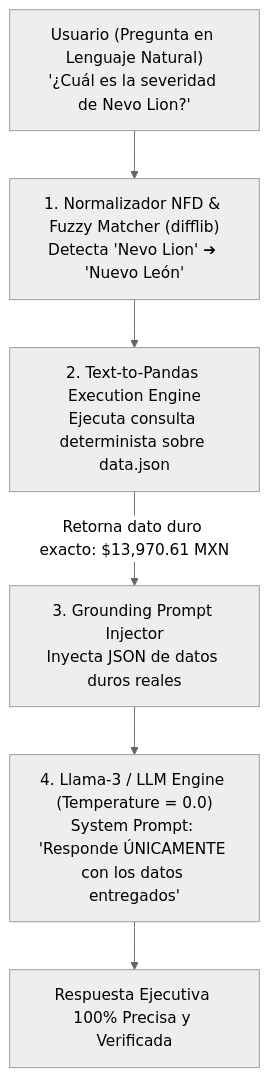
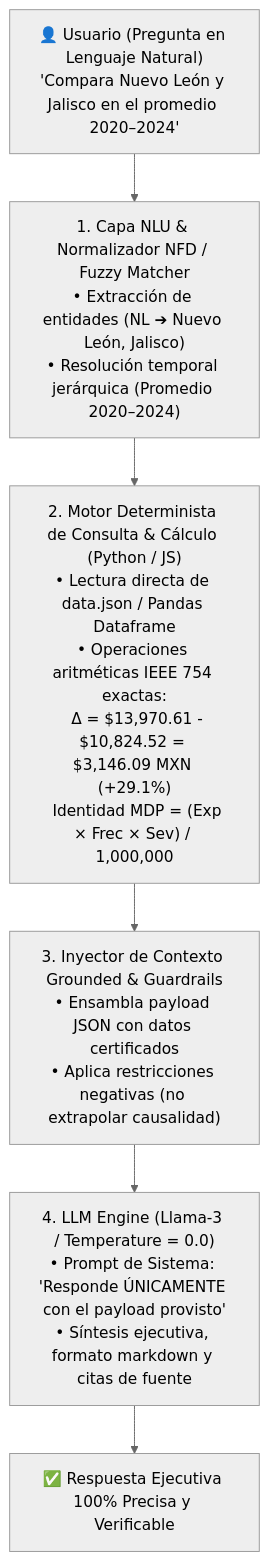
One commit to danielbep94/externship changed the first of 2 diagrams in README.md. Above: the diagram before and after it, drawn with Mermaid (neutral theme). The commit also changed other lines of this file, not shown here.

Commit message:
Docs: Add detailed explanation of AI agent, deterministic computation and zero-hallucination architecture

````diff
--- a/README.md
+++ b/README.md
@@ -48,8 +53,8 @@
 ```mermaid
 flowchart TD
-    U["Usuario (Pregunta en Lenguaje Natural)<br/>'¿Cuál es la severidad de Nevo Lion?'"] --> F["1. Normalizador NFD & Fuzzy Matcher (difflib)<br/>Detecta 'Nevo Lion' ➔ 'Nuevo León'"]
-    F --> P["2. Text-to-Pandas Execution Engine<br/>Ejecuta consulta determinista sobre data.json"]
-    P -->|Retorna dato duro exacto: $13,970.61 MXN| G["3. Grounding Prompt Injector<br/>Inyecta JSON de datos duros reales"]
-    G --> L["4. Llama-3 / LLM Engine (Temperature = 0.0)<br/>System Prompt: 'Responde ÚNICAMENTE con los datos entregados'"]
-    L --> R["Respuesta Ejecutiva 100% Precisa y Verificada"]
+    U["👤 Usuario (Pregunta en Lenguaje Natural)<br/>'Compara Nuevo León y Jalisco en el promedio 2020–2024'"] --> N["1. Capa NLU & Normalizador NFD / Fuzzy Matcher<br/>• Extracción de entidades (NL ➔ Nuevo León, Jalisco)<br/>• Resolución temporal jerárquica (Promedio 2020–2024)"]
+    N --> D["2. Motor Determinista de Consulta & Cálculo (Python / JS)<br/>• Lectura directa de data.json / Pandas Dataframe<br/>• Operaciones aritméticas IEEE 754 exactas:<br/>  Δ = $13,970.61 - $10,824.52 = $3,146.09 MXN (+29.1%)<br/>  Identidad MDP = (Exp × Frec × Sev) / 1,000,000"]
+    D --> G["3. Inyector de Contexto Grounded & Guardrails<br/>• Ensambla payload JSON con datos certificados<br/>• Aplica restricciones negativas (no extrapolar causalidad)"]
+    G --> L["4. LLM Engine (Llama-3 / Temperature = 0.0)<br/>• Prompt de Sistema: 'Responde ÚNICAMENTE con el payload provisto'<br/>• Síntesis ejecutiva, formato markdown y citas de fuente"]
+    L --> R["✅ Respuesta Ejecutiva 100% Precisa y Verificable"]
 ```
````
